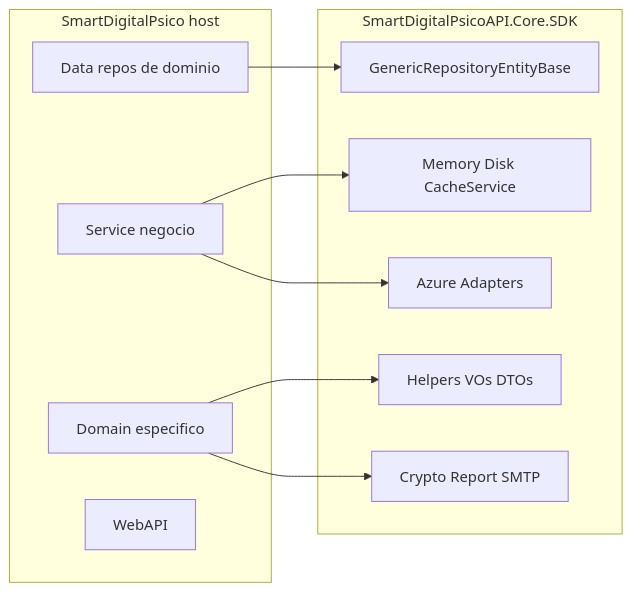
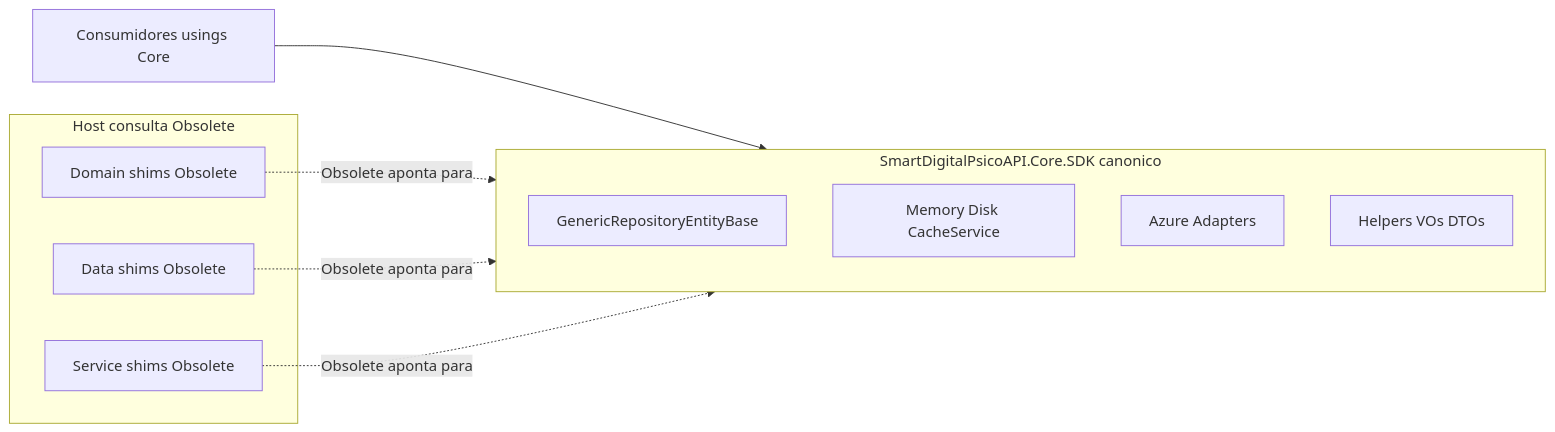
The diagram in DOCUMENTACAO/SmartDigitalPsicoAPI.Core.SDK/Levantamento.md (LeoneRocha/SmartDigitalPsicoAPI), drawn with Mermaid before and after one commit. The commit also changed other lines of this file and 3 other files, not shown here.

````diff
--- a/DOCUMENTACAO/SmartDigitalPsicoAPI.Core.SDK/Levantamento.md
+++ b/DOCUMENTACAO/SmartDigitalPsicoAPI.Core.SDK/Levantamento.md
@@ -428,21 +316,18 @@
 ```mermaid
 flowchart LR
-  subgraph host [SmartDigitalPsico host]
-    Domain[Domain especifico]
-    Data[Data repos de dominio]
-    Service[Service negocio]
-    API[WebAPI]
+  subgraph host [Host consulta Obsolete]
+    DomainShim[Domain shims Obsolete]
+    DataShim[Data shims Obsolete]
+    ServiceShim[Service shims Obsolete]
   end
-  subgraph sdk [SmartDigitalPsicoAPI.Core.SDK]
+  subgraph sdk [SmartDigitalPsicoAPI.Core.SDK canonico]
     GenRepo[GenericRepositoryEntityBase]
     Cache[Memory Disk CacheService]
     Azure[Azure Adapters]
     Helpers[Helpers VOs DTOs]
-    Crypto[Crypto Report SMTP]
   end
-  Data --> GenRepo
-  Service --> Cache
-  Service --> Azure
-  Domain --> Helpers
-  Domain --> Crypto
+  Consumers[Consumidores usings Core] --> sdk
+  DomainShim -.->|"Obsolete aponta para"| sdk
+  DataShim -.->|"Obsolete aponta para"| sdk
+  ServiceShim -.->|"Obsolete aponta para"| sdk
 ```
````
